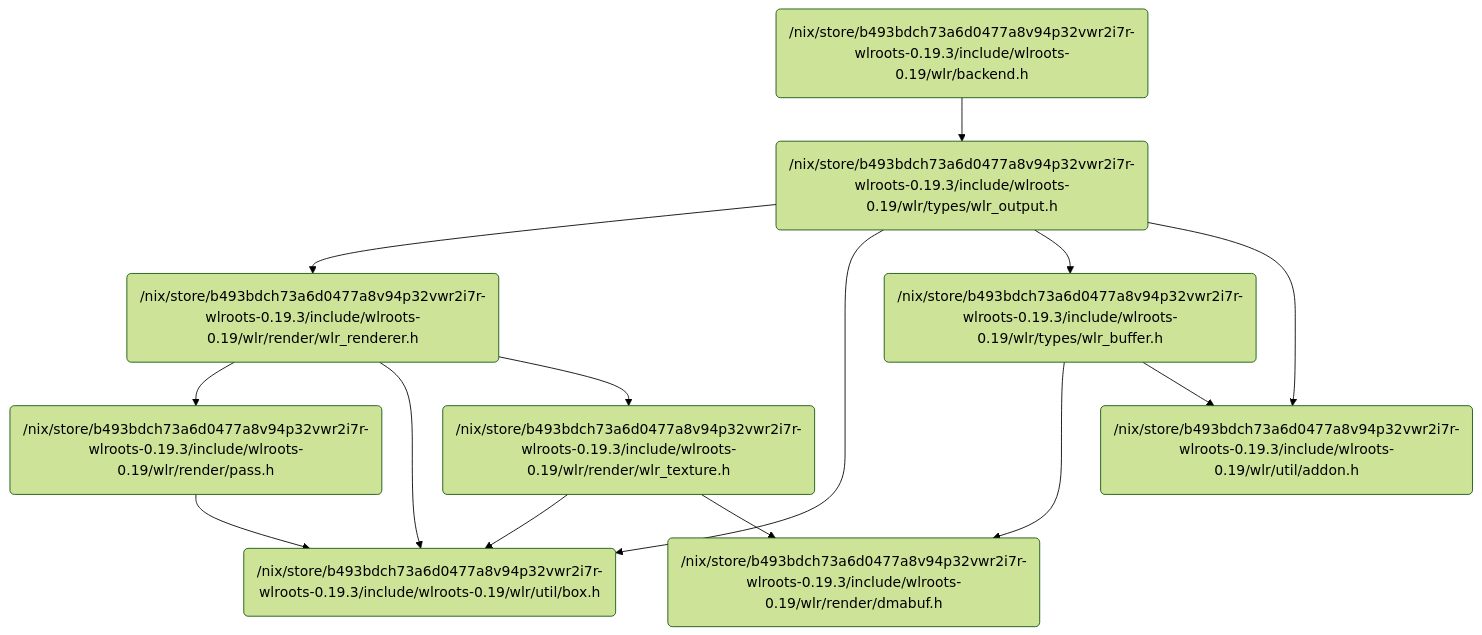
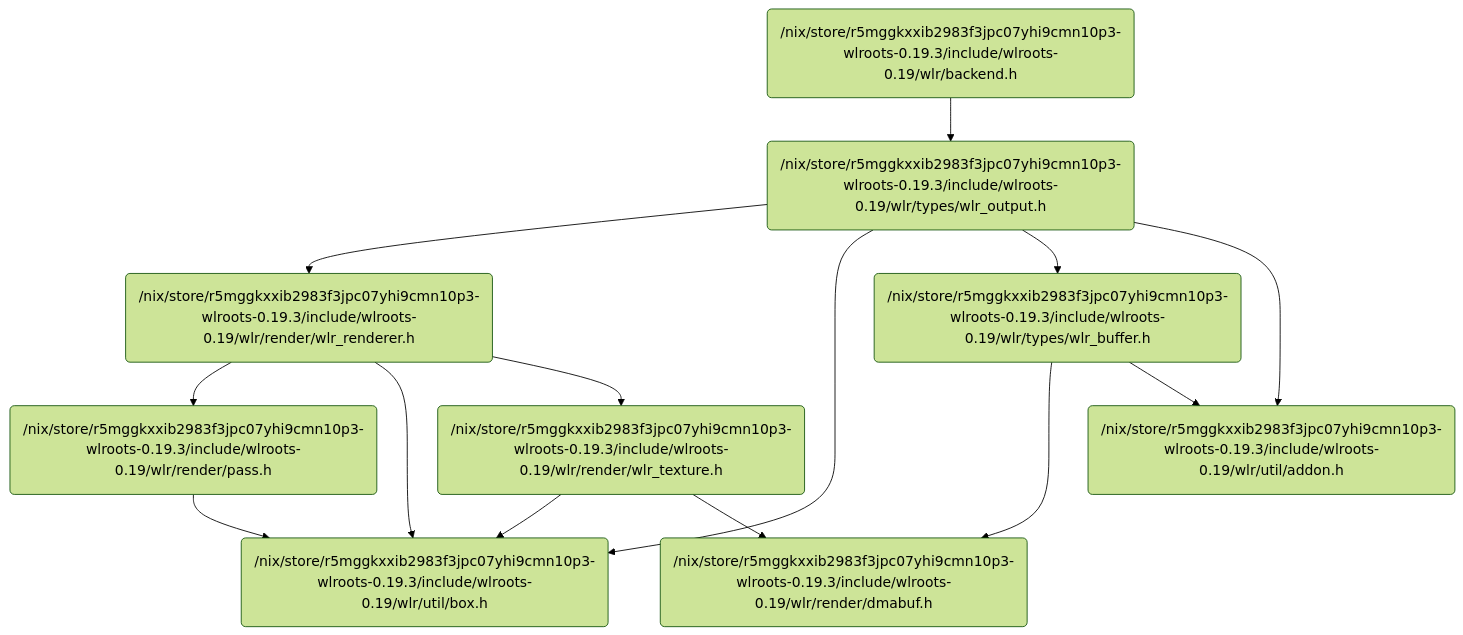
Before and after one commit to well-typed/hs-bindgen-tutorial-nix: the second of 2 diagrams in hs-wlroots/readme.md, drawn with Mermaid (forest theme). The commit also changed other lines of this file and 18 other files, not shown here.

````diff
--- a/hs-wlroots/readme.md
+++ b/hs-wlroots/readme.md
@@ -103,25 +104,25 @@
 ```mermaid
 graph TD
-  v0("/nix/store/b493bdch73a6d0477a8v94p32vwr2i7r-wlroots-0.19.3/include/wlroots-0.19/wlr/backend.h")
-  v75("/nix/store/b493bdch73a6d0477a8v94p32vwr2i7r-wlroots-0.19.3/include/wlroots-0.19/wlr/types/wlr_output.h")
-  v86("/nix/store/b493bdch73a6d0477a8v94p32vwr2i7r-wlroots-0.19.3/include/wlroots-0.19/wlr/render/wlr_renderer.h")
-  v87("/nix/store/b493bdch73a6d0477a8v94p32vwr2i7r-wlroots-0.19.3/include/wlroots-0.19/wlr/render/pass.h")
-  v88("/nix/store/b493bdch73a6d0477a8v94p32vwr2i7r-wlroots-0.19.3/include/wlroots-0.19/wlr/util/box.h")
-  v89("/nix/store/b493bdch73a6d0477a8v94p32vwr2i7r-wlroots-0.19.3/include/wlroots-0.19/wlr/render/wlr_texture.h")
-  v90("/nix/store/b493bdch73a6d0477a8v94p32vwr2i7r-wlroots-0.19.3/include/wlroots-0.19/wlr/render/dmabuf.h")
-  v91("/nix/store/b493bdch73a6d0477a8v94p32vwr2i7r-wlroots-0.19.3/include/wlroots-0.19/wlr/types/wlr_buffer.h")
-  v92("/nix/store/b493bdch73a6d0477a8v94p32vwr2i7r-wlroots-0.19.3/include/wlroots-0.19/wlr/util/addon.h")
+  v0("/nix/store/r5mggkxxib2983f3jpc07yhi9cmn10p3-wlroots-0.19.3/include/wlroots-0.19/wlr/backend.h")
+  v75("/nix/store/r5mggkxxib2983f3jpc07yhi9cmn10p3-wlroots-0.19.3/include/wlroots-0.19/wlr/types/wlr_output.h")
+  v86("/nix/store/r5mggkxxib2983f3jpc07yhi9cmn10p3-wlroots-0.19.3/include/wlroots-0.19/wlr/render/wlr_renderer.h")
+  v87("/nix/store/r5mggkxxib2983f3jpc07yhi9cmn10p3-wlroots-0.19.3/include/wlroots-0.19/wlr/render/pass.h")
+  v88("/nix/store/r5mggkxxib2983f3jpc07yhi9cmn10p3-wlroots-0.19.3/include/wlroots-0.19/wlr/util/box.h")
+  v89("/nix/store/r5mggkxxib2983f3jpc07yhi9cmn10p3-wlroots-0.19.3/include/wlroots-0.19/wlr/render/wlr_texture.h")
+  v90("/nix/store/r5mggkxxib2983f3jpc07yhi9cmn10p3-wlroots-0.19.3/include/wlroots-0.19/wlr/render/dmabuf.h")
+  v91("/nix/store/r5mggkxxib2983f3jpc07yhi9cmn10p3-wlroots-0.19.3/include/wlroots-0.19/wlr/types/wlr_buffer.h")
+  v92("/nix/store/r5mggkxxib2983f3jpc07yhi9cmn10p3-wlroots-0.19.3/include/wlroots-0.19/wlr/util/addon.h")
   v0-->v75
   v75-->v86
   v86-->v87
   v75-->v88
   v86-->v88
   v87-->v88
   v89-->v88
   v86-->v89
   v89-->v90
   v91-->v90
   v75-->v91
   v75-->v92
   v91-->v92
 ```
````
